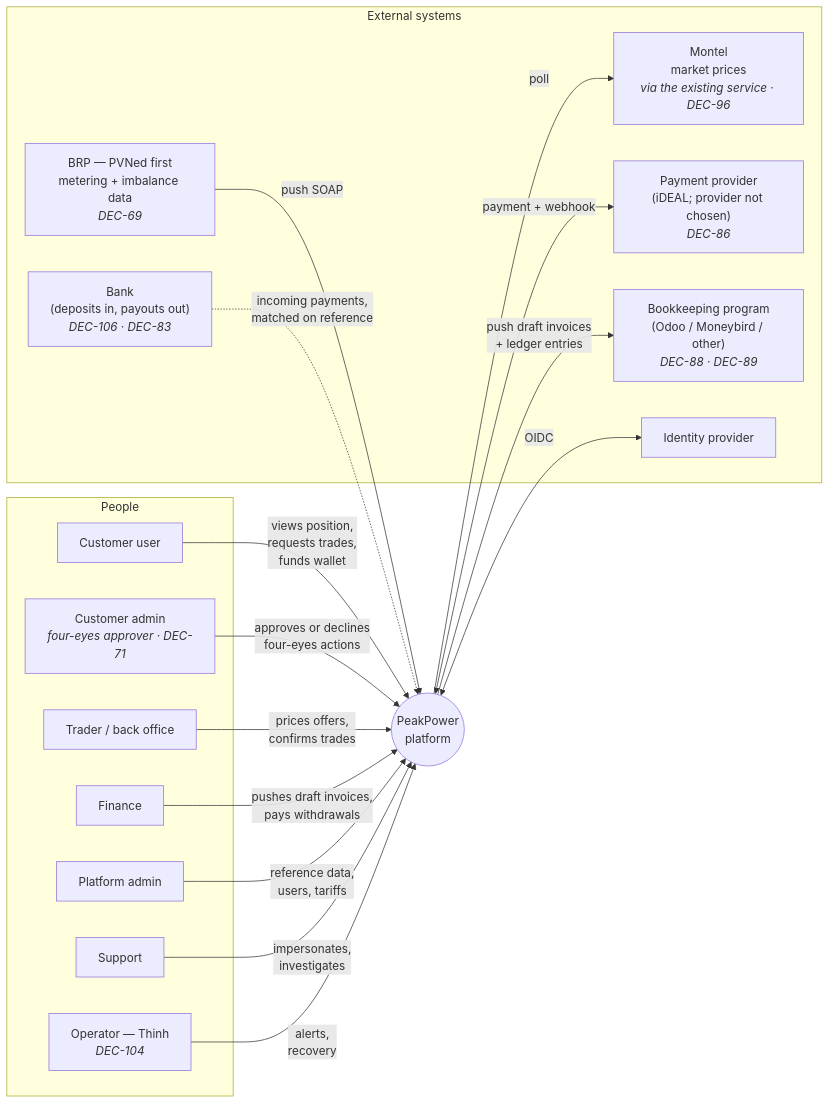
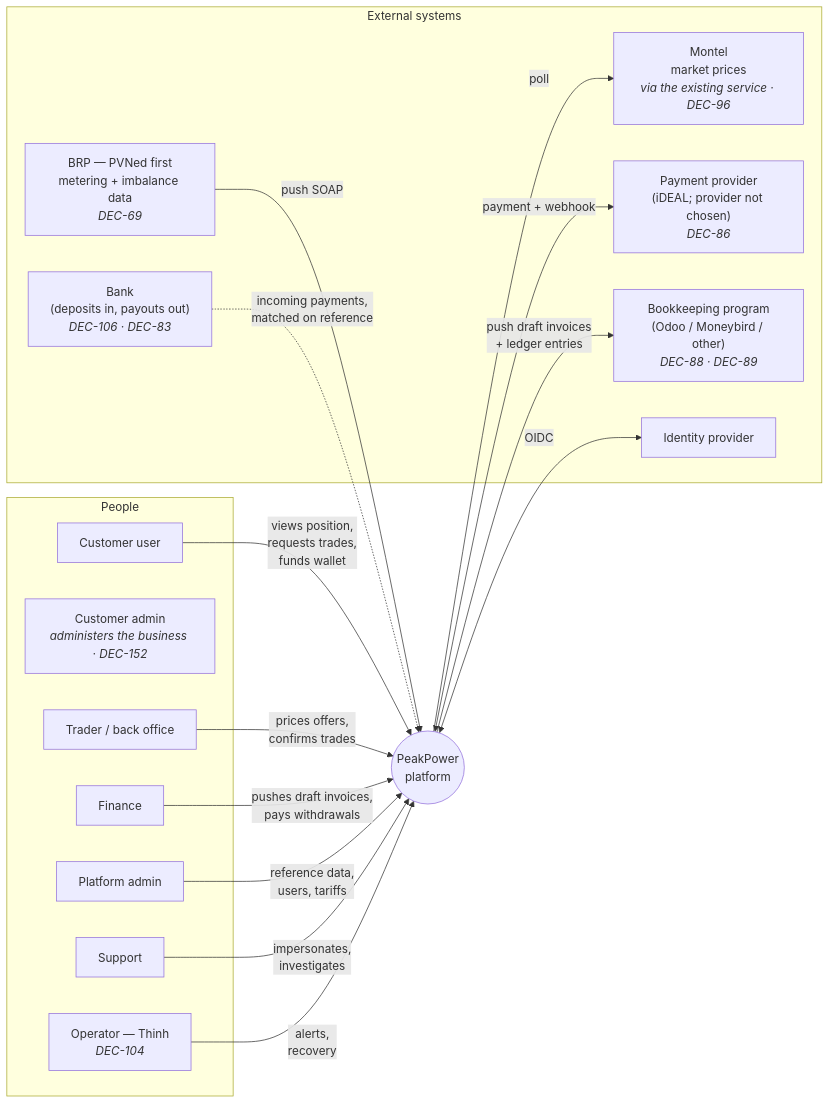
The first of 2 diagrams in specs/00-overview/03-actors-and-roles.md (lukastosic-ifd/peakpowerspecs), drawn with Mermaid before and after one commit. The commit also changed other lines of this file and 40 other files, not shown here.

First line of the commit message:
DEC-179: the four-eyes rule is removed (#21)

````diff
--- a/specs/00-overview/03-actors-and-roles.md
+++ b/specs/00-overview/03-actors-and-roles.md
@@ -5,38 +5,37 @@
 ```mermaid
 flowchart LR
     subgraph external["External systems"]
         PVNED["BRP — PVNed first<br/>metering + imbalance data<br/><i>DEC-69</i>"]
         MONTEL["Montel<br/>market prices<br/><i>via the existing service · DEC-96</i>"]
         PSP["Payment provider<br/>(iDEAL; provider not chosen)<br/><i>DEC-86</i>"]
         ODOO["Bookkeeping program<br/>(Odoo / Moneybird / other)<br/><i>DEC-88 · DEC-89</i>"]
         IDP["Identity provider"]
         BANK["Bank<br/>(deposits in, payouts out)<br/><i>DEC-106 · DEC-83</i>"]
     end
 
     subgraph humans["People"]
         CU["Customer user"]
-        CA["Customer admin<br/><i>four-eyes approver · DEC-71</i>"]
+        CA["Customer admin<br/><i>administers the business · DEC-152</i>"]
         TR["Trader / back office"]
         FIN["Finance"]
         ADM["Platform admin"]
         SUP["Support"]
         OPS["Operator — Thinh<br/><i>DEC-104</i>"]
     end
 
     PP(("PeakPower<br/>platform"))
 
     CU -->|"views position,<br/>requests trades,<br/>funds wallet"| PP
-    CA -->|"approves or declines<br/>four-eyes actions"| PP
     TR -->|"prices offers,<br/>confirms trades"| PP
     FIN -->|"pushes draft invoices,<br/>pays withdrawals"| PP
     ADM -->|"reference data,<br/>users, tariffs"| PP
     SUP -->|"impersonates,<br/>investigates"| PP
     OPS -->|"alerts,<br/>recovery"| PP
 
     PVNED -->|"push SOAP"| PP
     PP -->|"poll"| MONTEL
     PP <-->|"payment + webhook"| PSP
     PP -->|"push draft invoices<br/>+ ledger entries"| ODOO
     PP <-->|"OIDC"| IDP
     BANK -.->|"incoming payments,<br/>matched on reference"| PP
 ```
````
